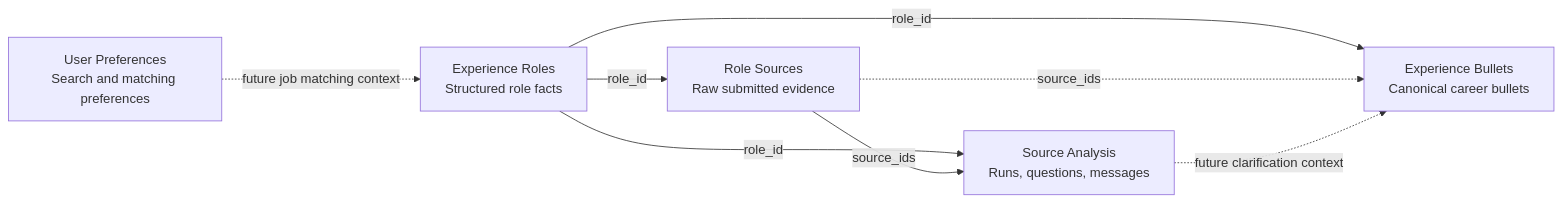
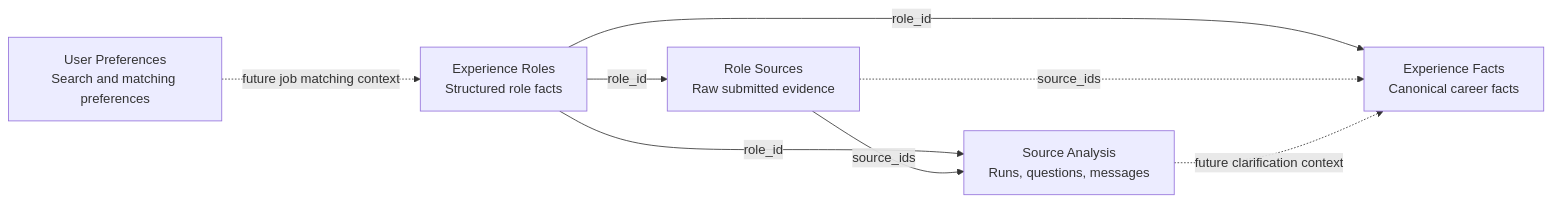
One commit to rsauers0/career-agent changed the first of 8 diagrams in docs/diagrams.md. Above: the diagram before and after it, drawn with Mermaid. The commit also changed other lines of this file and 20 other files, not shown here.

First line of the commit message:
Rename experience bullets to experience facts

````diff
--- a/docs/diagrams.md
+++ b/docs/diagrams.md
@@ -9,17 +9,17 @@
 ```mermaid
 flowchart LR
     UserPreferences["User Preferences<br/>Search and matching preferences"]
     ExperienceRoles["Experience Roles<br/>Structured role facts"]
     RoleSources["Role Sources<br/>Raw submitted evidence"]
     SourceAnalysis["Source Analysis<br/>Runs, questions, messages"]
-    ExperienceBullets["Experience Bullets<br/>Canonical career bullets"]
+    ExperienceFacts["Experience Facts<br/>Canonical career facts"]
 
     ExperienceRoles -->|"role_id"| RoleSources
     ExperienceRoles -->|"role_id"| SourceAnalysis
     RoleSources -->|"source_ids"| SourceAnalysis
-    ExperienceRoles -->|"role_id"| ExperienceBullets
-    RoleSources -. "source_ids" .-> ExperienceBullets
-    SourceAnalysis -. "future clarification context" .-> ExperienceBullets
+    ExperienceRoles -->|"role_id"| ExperienceFacts
+    RoleSources -. "source_ids" .-> ExperienceFacts
+    SourceAnalysis -. "future clarification context" .-> ExperienceFacts
 
     UserPreferences -. "future job matching context" .-> ExperienceRoles
 ```
````
